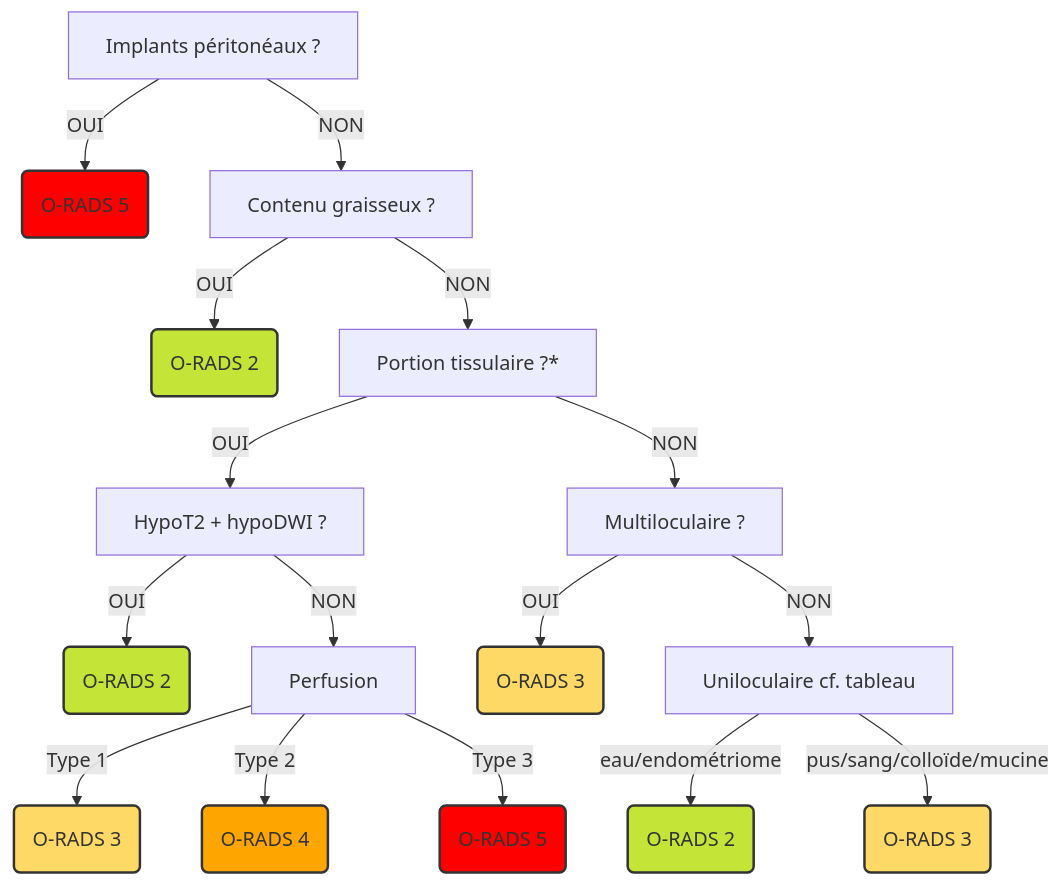
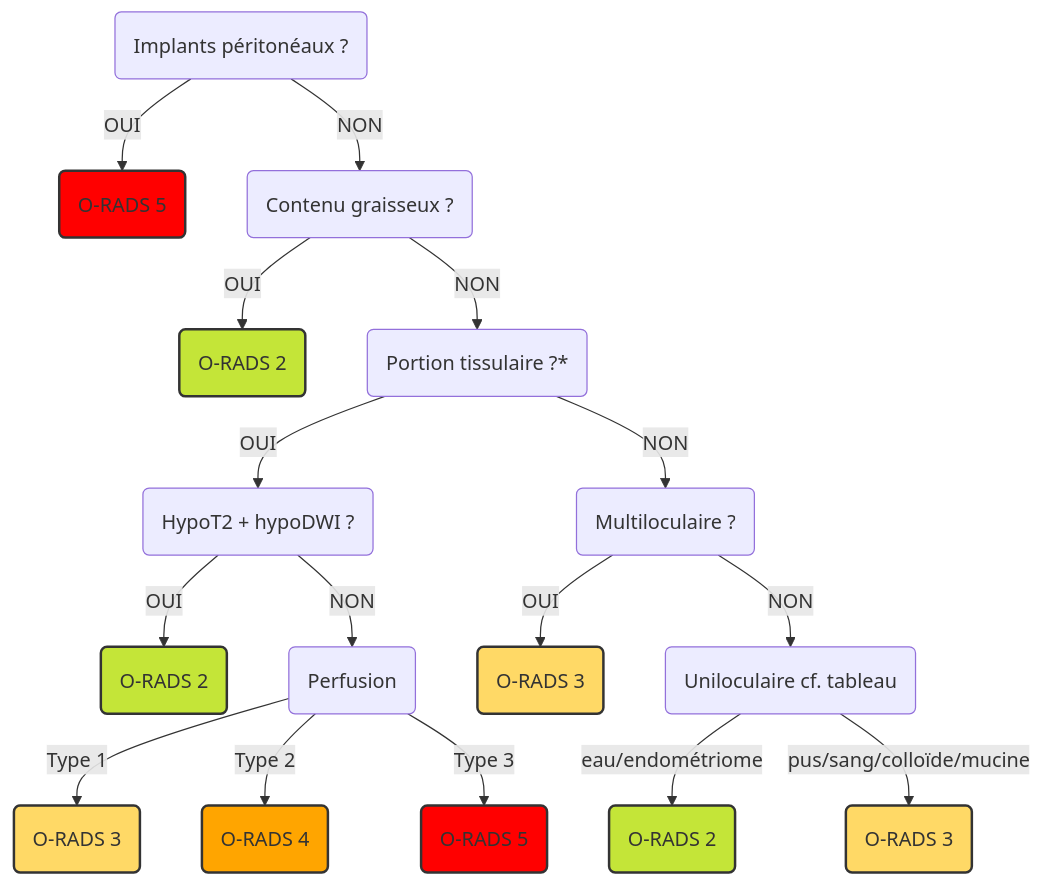
Before and after one commit to drlefevre/drlef: the first of 3 diagrams in docs/femme/ovaires.md, drawn with Mermaid.

````diff
--- a/docs/femme/ovaires.md
+++ b/docs/femme/ovaires.md
@@ -71,33 +71,33 @@
     ``` mermaid
     graph TD
-        B[Implants péritonéaux ?] -->|OUI| R5(O-RADS 5)
-        B -->|NON| C[Contenu graisseux ?]
+        B(Implants péritonéaux ?) -->|OUI| R5(O-RADS 5)
+        B -->|NON| C(Contenu graisseux ?)
         
         C -->|OUI| R2a(O-RADS 2)
-        C -->|NON| E[Portion tissulaire ?*]
+        C -->|NON| E(Portion tissulaire ?*)
         
-        E -->|OUI| F[HypoT2 + hypoDWI ?]
+        E -->|OUI| F(HypoT2 + hypoDWI ?)
         F -->|OUI| R2b(O-RADS 2)
-        F -->|NON| G[Perfusion]
+        F -->|NON| G(Perfusion)
         
         G -->|Type 1| R3a(O-RADS 3)
         G -->|Type 2| R4(O-RADS 4)
         G -->|Type 3| R5b(O-RADS 5)
         
-        E -->|NON| H[Multiloculaire ?]
+        E -->|NON| H(Multiloculaire ?)
         H -->|OUI| R3b(O-RADS 3)
-        H -->|NON| I[Uniloculaire cf. tableau]
+        H -->|NON| I(Uniloculaire cf. tableau)
 
         I -->|eau/endométriome| R2c(O-RADS 2)
         I -->|pus/sang/colloïde/mucine| R3c(O-RADS 3)
 
         style R2a fill:#c4e538,stroke:#333,stroke-width:2px
         style R2b fill:#c4e538,stroke:#333,stroke-width:2px
         style R2c fill:#c4e538,stroke:#333,stroke-width:2px
         style R3a fill:#FFD966,stroke:#333,stroke-width:2px
         style R3b fill:#FFD966,stroke:#333,stroke-width:2px
         style R3c fill:#FFD966,stroke:#333,stroke-width:2px
         style R4 fill:#FFA500,stroke:#333,stroke-width:2px
         style R5 fill:#ff0000,stroke:#333,stroke-width:2px
         style R5b fill:#ff0000,stroke:#333,stroke-width:2px
     ```
````
